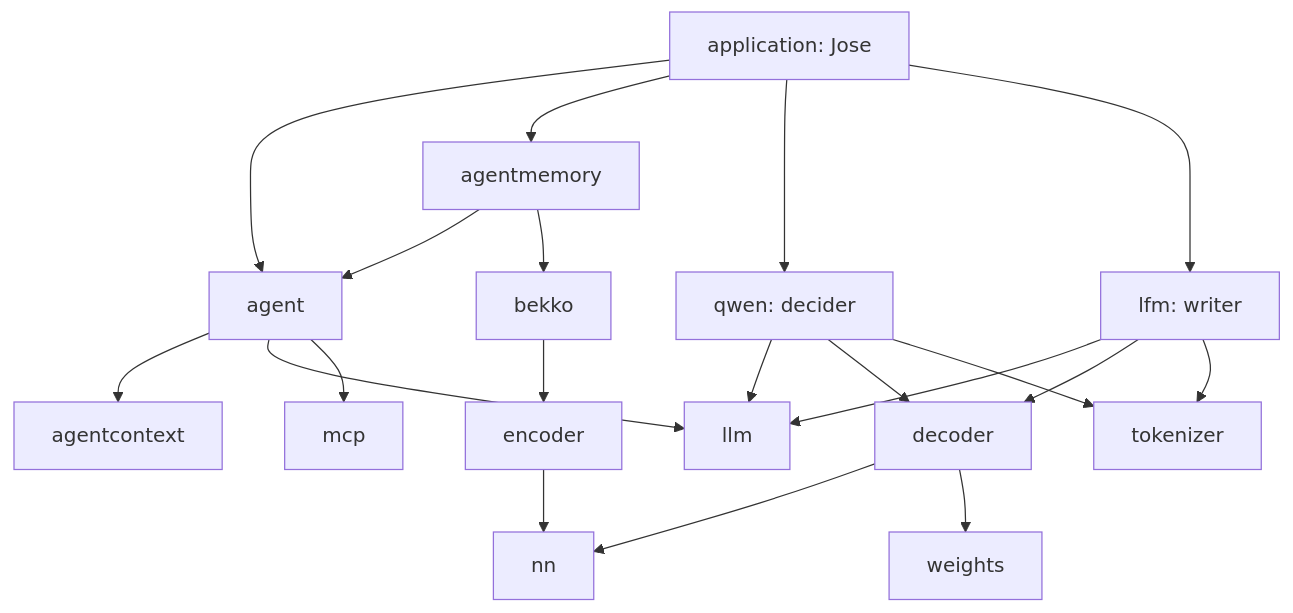
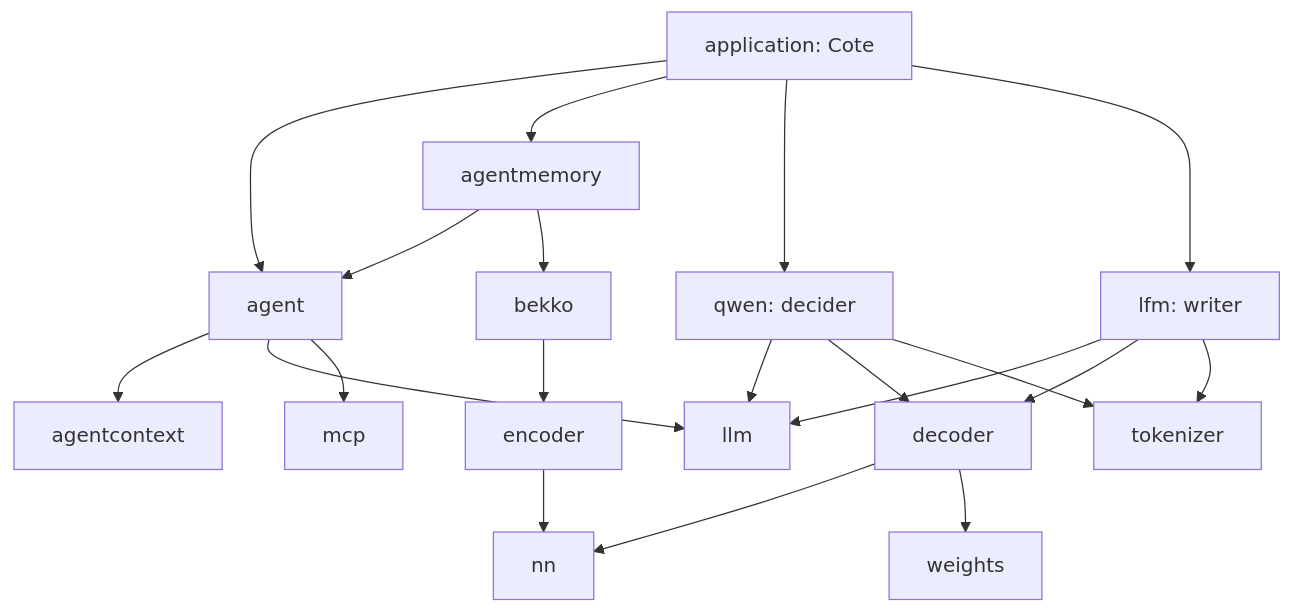
One commit to webtyp/agent changed the diagram in docs/AGENT_ECOSYSTEM_MASTER_PLAN.md. Above: the diagram before and after it, drawn with Mermaid. The commit also changed other lines of this file and 3 other files, not shown here.

Commit message:
docs: the assistant is Cote (ex Jose); master plan state with PRs in review

````diff
--- a/docs/AGENT_ECOSYSTEM_MASTER_PLAN.md
+++ b/docs/AGENT_ECOSYSTEM_MASTER_PLAN.md
@@ -64,22 +92,22 @@
 ```mermaid
 flowchart TD
-    APP[application: Jose] --> AGENT[agent]
+    APP[application: Cote] --> AGENT[agent]
     APP --> AM[agentmemory]
     APP --> QWEN[qwen: decider]
     APP --> LFM[lfm: writer]
     AGENT --> AC[agentcontext]
     AGENT --> LLM[llm]
     AGENT --> MCP[mcp]
     AM --> AGENT
     AM --> BEKKO[bekko]
     QWEN --> LLM
     LFM --> LLM
     QWEN --> DEC[decoder]
     LFM --> DEC
     QWEN --> TOK[tokenizer]
     LFM --> TOK
     DEC --> NN[nn]
     DEC --> W[weights]
     BEKKO --> ENC[encoder]
     ENC --> NN
 ```
````
